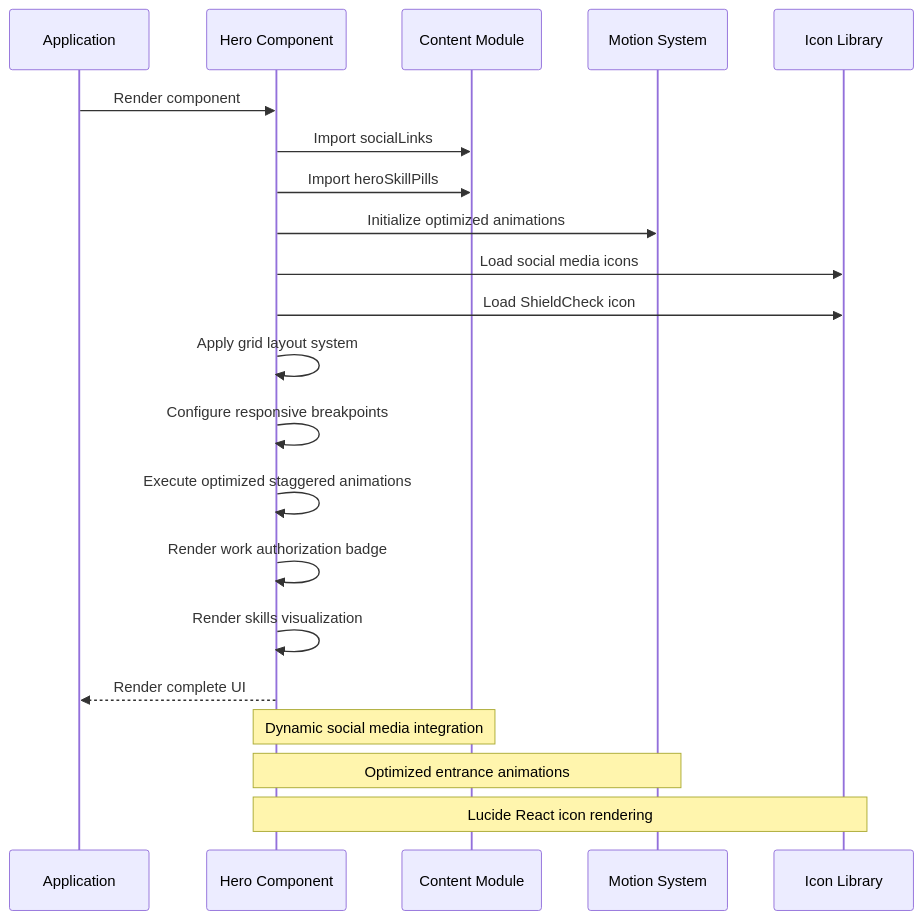
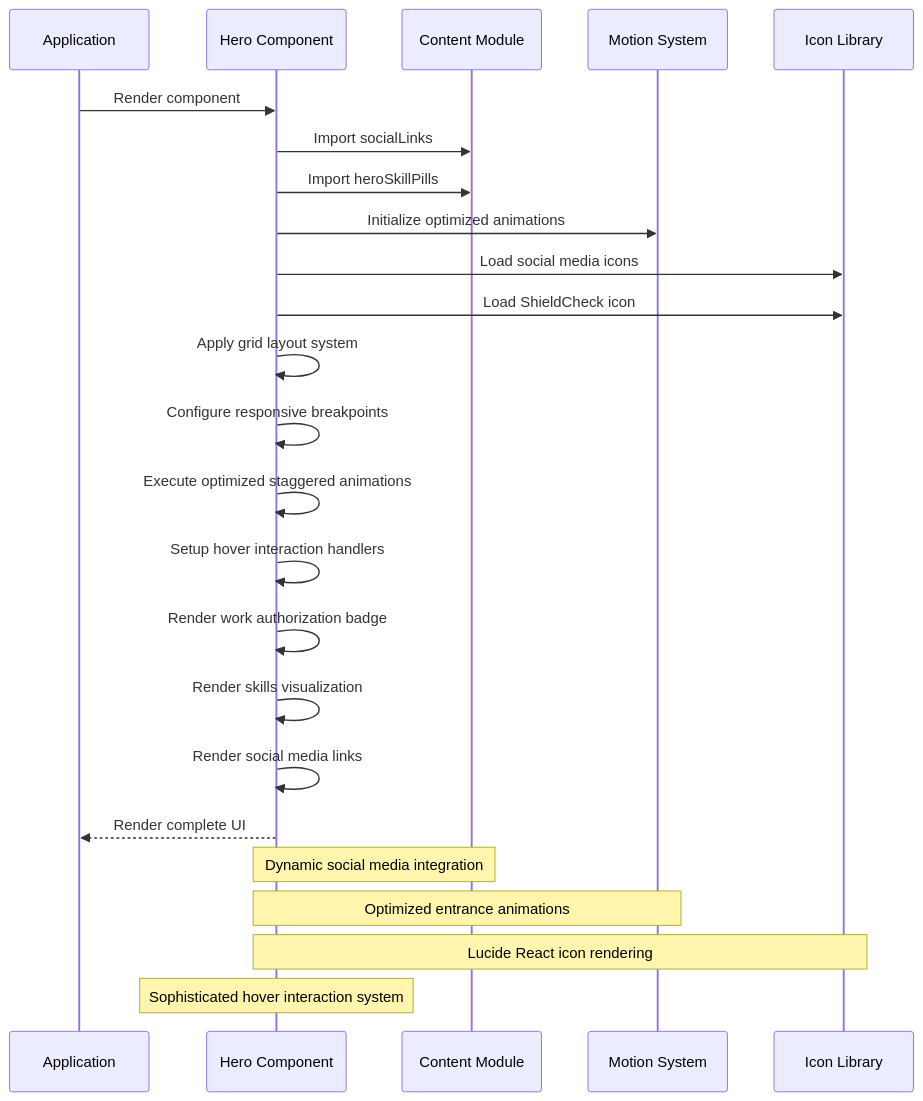
The second of 7 diagrams in .qoder/repowiki/en/content/Component Library & UI Elements/Hero Component.md (subash7781/Portfolio), drawn with Mermaid before and after one commit. The commit also changed other lines of this file and 6 other files, not shown here.

````diff
--- a/.qoder/repowiki/en/content/Component Library & UI Elements/Hero Component.md
+++ b/.qoder/repowiki/en/content/Component Library & UI Elements/Hero Component.md
@@ -120,23 +133,26 @@
 ```mermaid
 sequenceDiagram
 participant App as Application
 participant Hero as Hero Component
 participant Content as Content Module
 participant Motion as Motion System
 participant Icons as Icon Library
 App->>Hero : Render component
 Hero->>Content : Import socialLinks
 Hero->>Content : Import heroSkillPills
 Hero->>Motion : Initialize optimized animations
 Hero->>Icons : Load social media icons
 Hero->>Icons : Load ShieldCheck icon
 Hero->>Hero : Apply grid layout system
 Hero->>Hero : Configure responsive breakpoints
 Hero->>Hero : Execute optimized staggered animations
+Hero->>Hero : Setup hover interaction handlers
 Hero->>Hero : Render work authorization badge
 Hero->>Hero : Render skills visualization
+Hero->>Hero : Render social media links
 Hero-->>App : Render complete UI
 Note over Hero,Content : Dynamic social media integration
 Note over Hero,Motion : Optimized entrance animations
 Note over Hero,Icons : Lucide React icon rendering
+Note over Hero,Hero : Sophisticated hover interaction system
 ```
````
